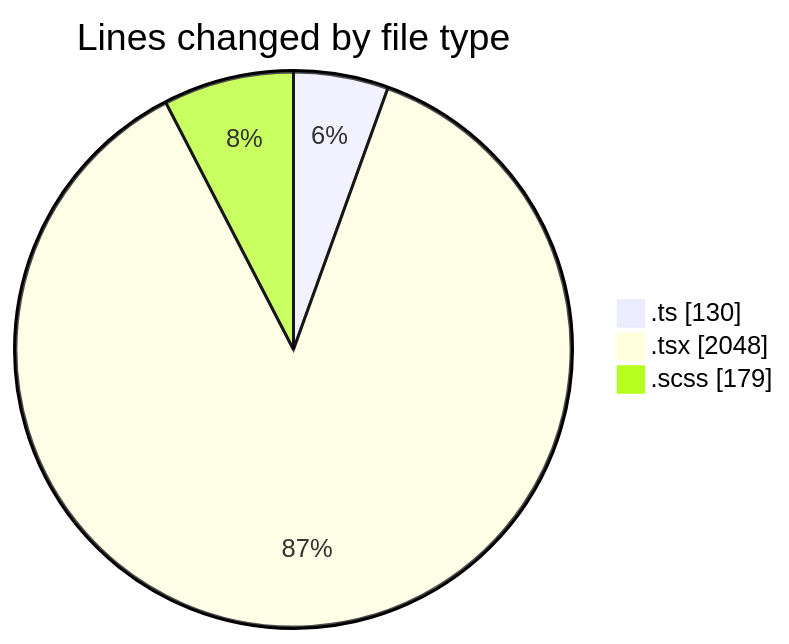
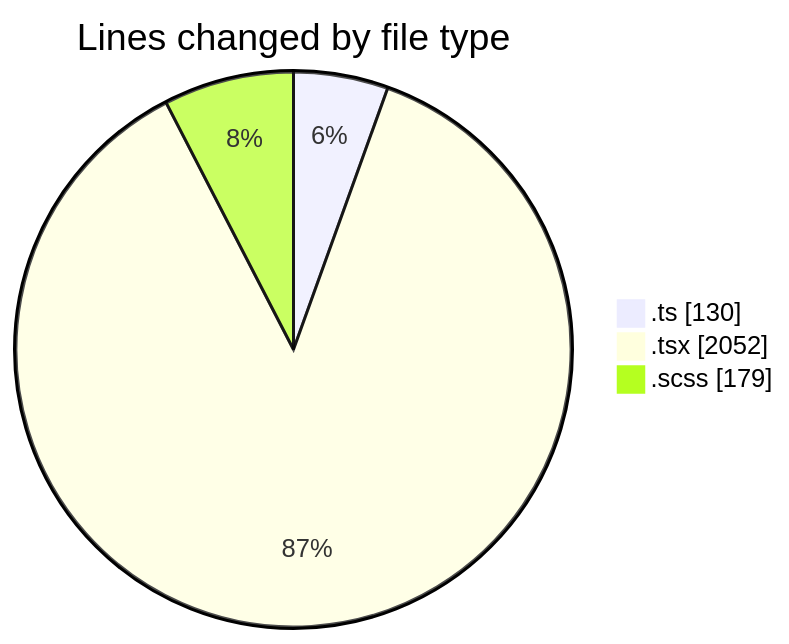
One commit to momahboobian/code-tracking changed the first of 2 diagrams in 2026-11-05/cda/README.md. Above: the diagram before and after it, drawn with Mermaid. The commit also changed other lines of this file and 1 other file, not shown here.

````diff
--- a/2026-11-05/cda/README.md
+++ b/2026-11-05/cda/README.md
@@ -29,7 +29,7 @@
 ```mermaid
 pie showData
 title Lines changed by file type
 ".ts" : 130
-".tsx" : 2048
+".tsx" : 2052
 ".scss" : 179
 ```
````
